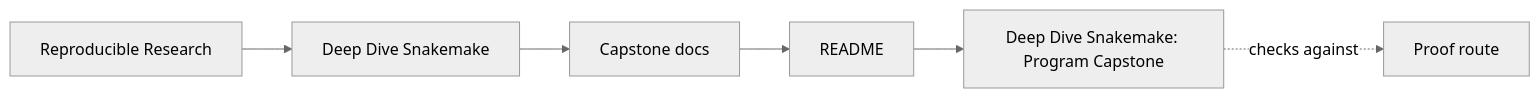
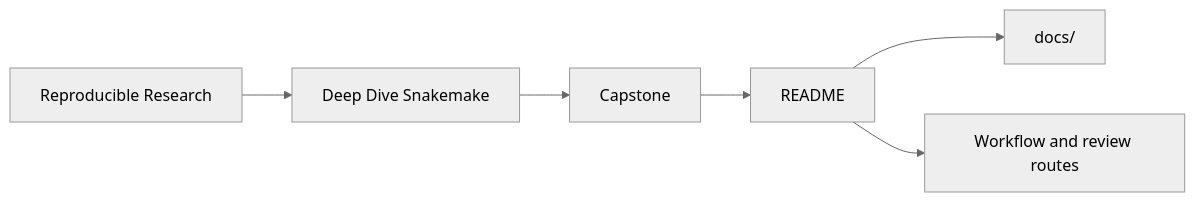
Before and after one commit to bijux/bijux-masterclass: the first of 2 diagrams in programs/reproducible-research/deep-dive-snakemake/capstone/README.md, drawn with Mermaid (neutral theme). The commit also changed other lines of this file, not shown here.

Commit message:
docs(deep-dive-snakemake): make capstone root question-first

````diff
--- a/programs/reproducible-research/deep-dive-snakemake/capstone/README.md
+++ b/programs/reproducible-research/deep-dive-snakemake/capstone/README.md
@@ -9,12 +6,8 @@
 ```mermaid
 graph LR
-  family["Reproducible Research"]
-  program["Deep Dive Snakemake"]
-  guide["Capstone docs"]
-  section["README"]
-  page["Deep Dive Snakemake: Program Capstone"]
-  proof["Proof route"]
-
-  family --> program --> guide --> section --> page
-  page -.checks against.-> proof
+  family["Reproducible Research"] --> program["Deep Dive Snakemake"]
+  program --> capstone["Capstone"]
+  capstone --> readme["README"]
+  readme --> docs["docs/"]
+  readme --> proof["Workflow and review routes"]
 ```
````
